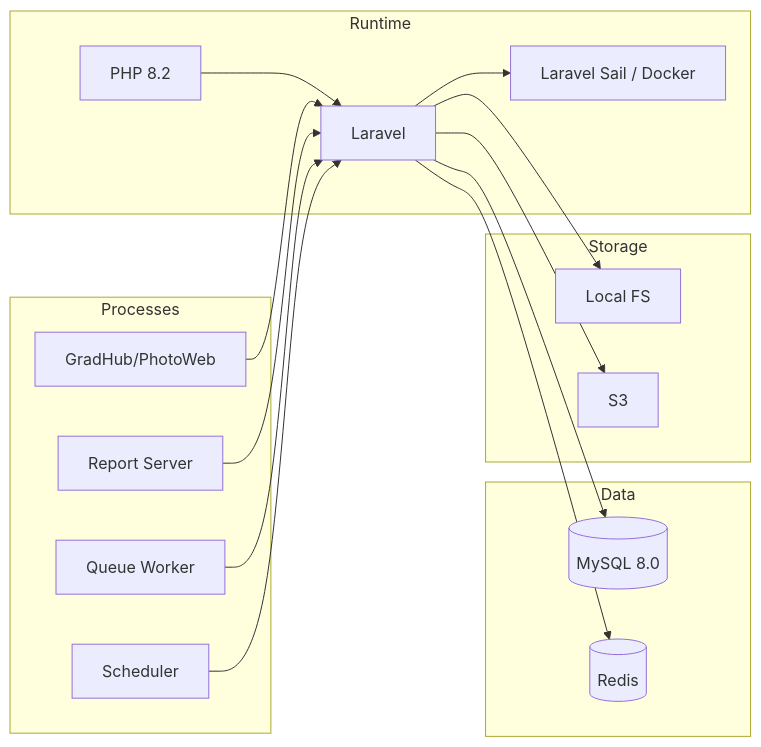
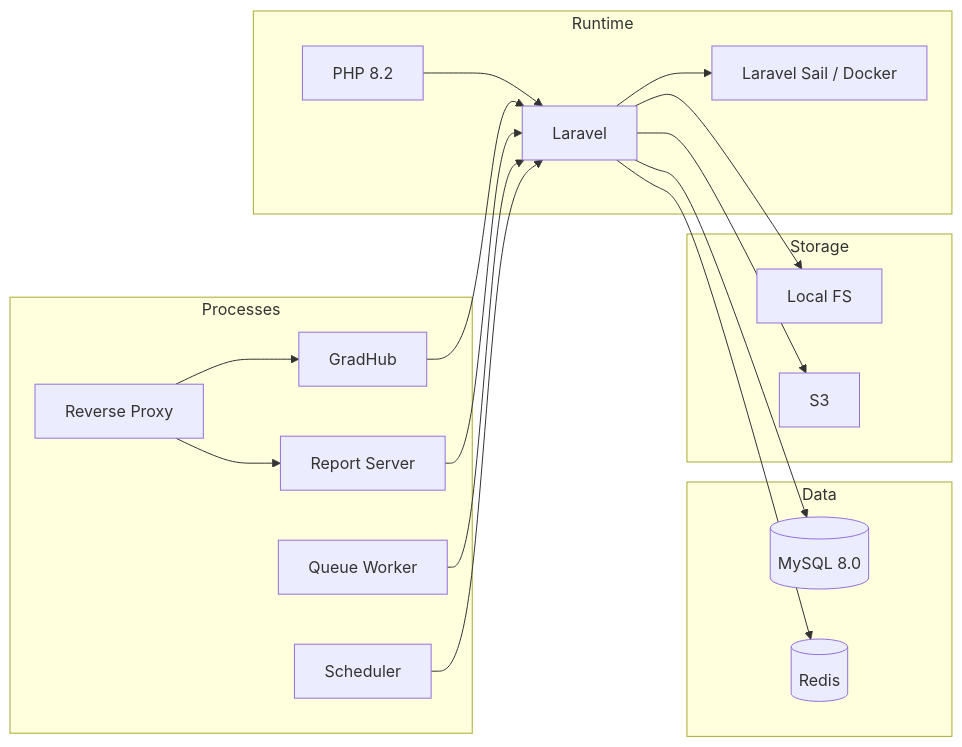
Before and after one commit to yeremko/gatest: the seventh of 7 diagrams in architecture.md, drawn with Mermaid. The commit also changed other lines of this file, not shown here.

````diff
--- a/architecture.md
+++ b/architecture.md
@@ -186,36 +199,39 @@
 ```mermaid
 flowchart LR
     subgraph Runtime["Runtime"]
         PHP[PHP 8.2]
         Laravel[Laravel]
         Sail[Laravel Sail / Docker]
     end
 
     subgraph Data["Data"]
         MySQL[(MySQL 8.0)]
         Redis[(Redis)]
     end
 
     subgraph Storage["Storage"]
         Local[Local FS]
         S3[S3]
     end
 
     subgraph Processes["Processes"]
-        Web[GradHub/PhotoWeb]
+        Proxy[Reverse Proxy]
+        Web[GradHub]
         ReportServer[Report Server]
         Queue[Queue Worker]
         Cron[Scheduler]
     end
 
     PHP --> Laravel
     Laravel --> Sail
     Laravel --> MySQL
     Laravel --> Redis
     Laravel --> Local
     Laravel --> S3
+    Proxy --> Web
+    Proxy --> ReportServer
     Web --> Laravel
     ReportServer --> Laravel
     Queue --> Laravel
     Cron --> Laravel
 ```
````
